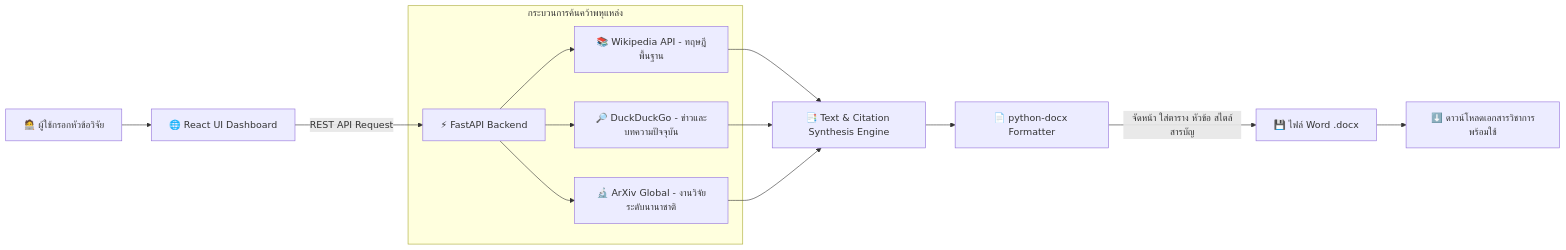
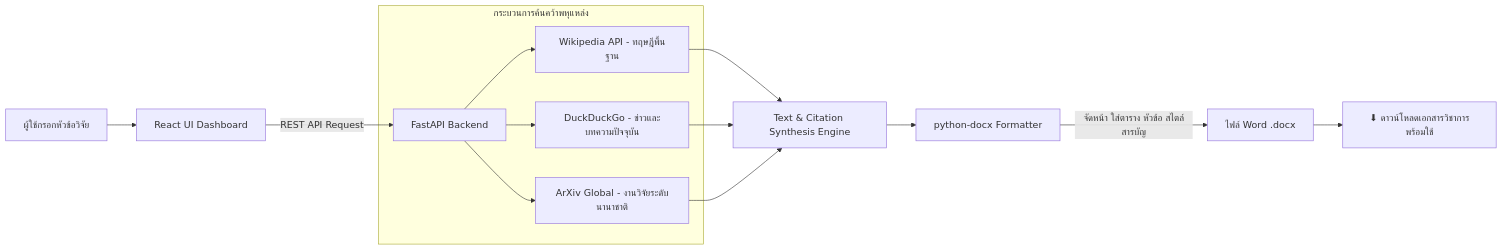
One commit to FANG9356/MyProject changed the second of 9 diagrams in README.md. Above: the diagram before and after it, drawn with Mermaid. The commit also changed other lines of this file and 47 other files, not shown here.

````diff
--- a/README.md
+++ b/README.md
@@ -107,14 +107,14 @@
 ```mermaid
 flowchart LR
-    A[🧑‍💻 ผู้ใช้กรอกหัวข้อวิจัย] --> B[🌐 React UI Dashboard]
-    B -->|REST API Request| C[⚡ FastAPI Backend]
-    subgraph Data_Retrieval [กระบวนการค้นคว้าพหุแหล่ง]
-        C --> D[📚 Wikipedia API - ทฤษฎีพื้นฐาน]
-        C --> E[🔎 DuckDuckGo - ข่าวและบทความปัจจุบัน]
-        C --> F[🔬 ArXiv Global - งานวิจัยระดับนานาชาติ]
-    end
-    D & E & F --> G[📑 Text & Citation Synthesis Engine]
-    G --> H[📄 python-docx Formatter]
-    H -->|จัดหน้า ใส่ตาราง หัวข้อ สไตล์สารบัญ| I[💾 ไฟล์ Word .docx]
-    I --> J[⬇️ ดาวน์โหลดเอกสารวิชาการพร้อมใช้]
+ A[ผู้ใช้กรอกหัวข้อวิจัย] --> B[React UI Dashboard]
+ B -->|REST API Request| C[FastAPI Backend]
+ subgraph Data_Retrieval [กระบวนการค้นคว้าพหุแหล่ง]
+ C --> D[Wikipedia API - ทฤษฎีพื้นฐาน]
+ C --> E[DuckDuckGo - ข่าวและบทความปัจจุบัน]
+ C --> F[ArXiv Global - งานวิจัยระดับนานาชาติ]
+ end
+ D & E & F --> G[Text & Citation Synthesis Engine]
+ G --> H[python-docx Formatter]
+ H -->|จัดหน้า ใส่ตาราง หัวข้อ สไตล์สารบัญ| I[ไฟล์ Word .docx]
+ I --> J[⬇ ดาวน์โหลดเอกสารวิชาการพร้อมใช้]
 ```
````
